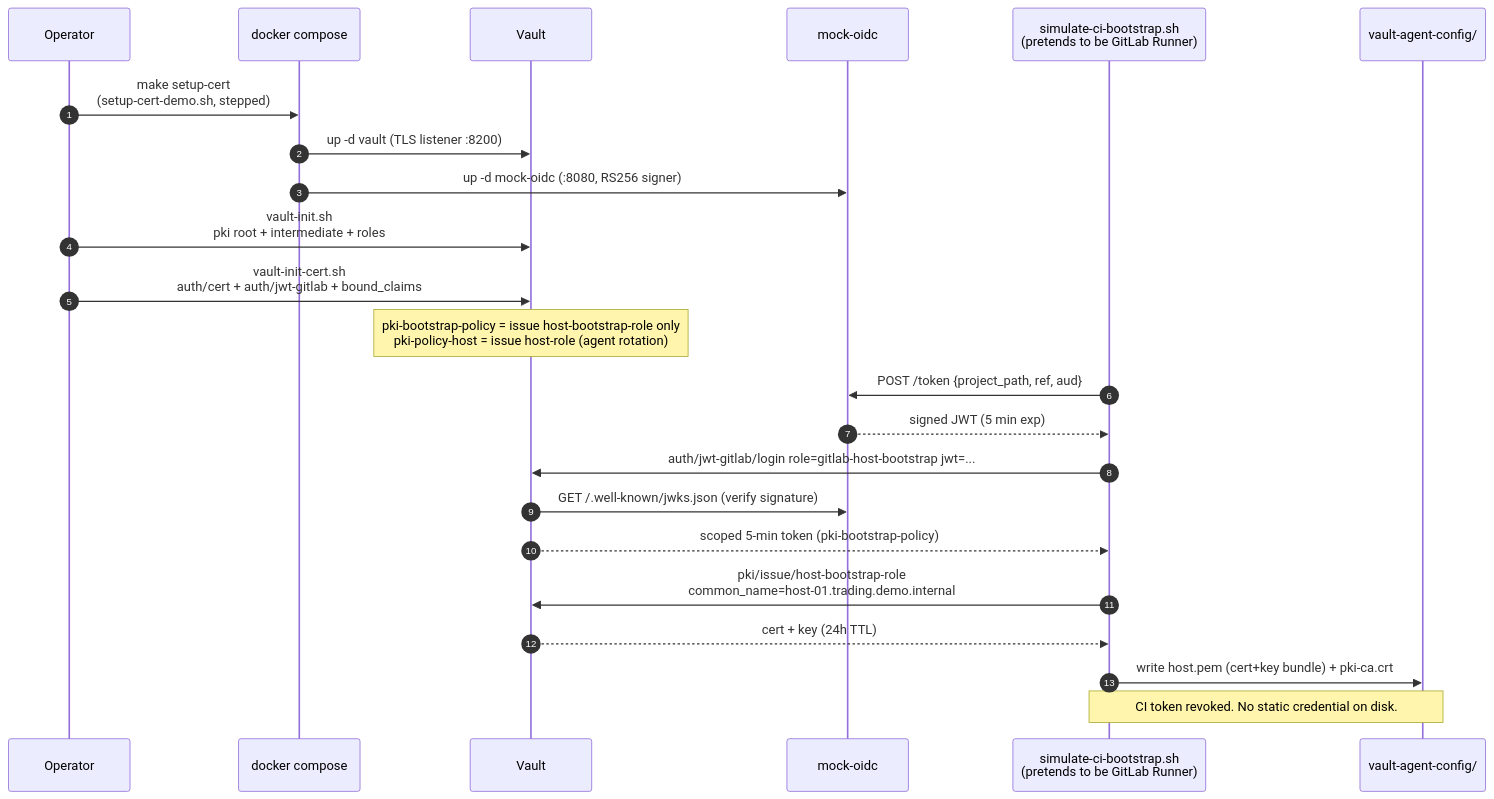
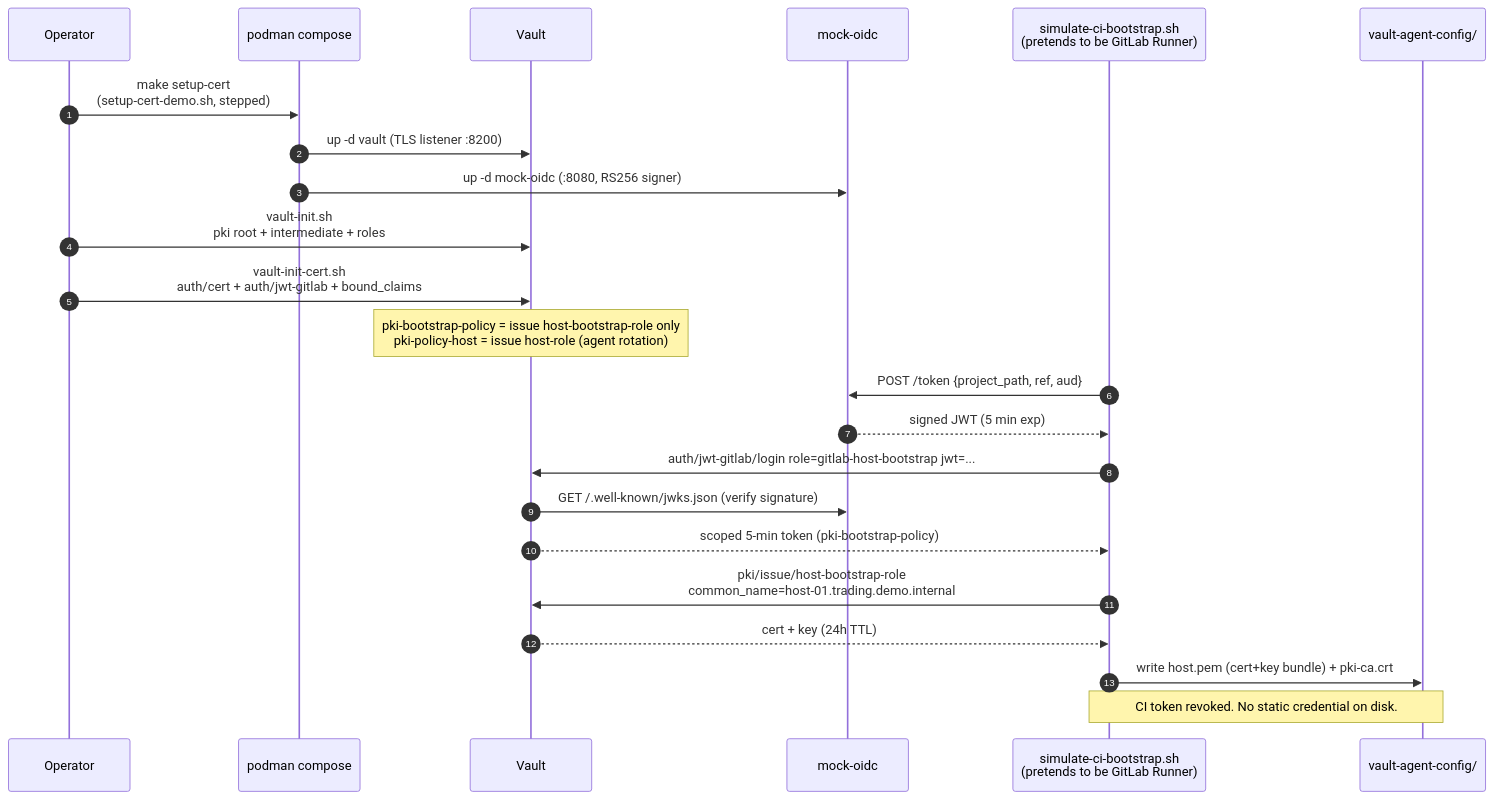
Before and after one commit to songlining/pki: the third of 6 diagrams in docs/demos.md, drawn with Mermaid. The commit also changed other lines of this file and 20 other files, not shown here.

First line of the commit message:
Migrate demo from Docker Desktop to Podman (Podman Desktop)

````diff
--- a/docs/demos.md
+++ b/docs/demos.md
@@ -108,27 +108,27 @@
 ```mermaid
 sequenceDiagram
     autonumber
     participant Op as Operator
-    participant Compose as docker compose
+    participant Compose as podman compose
     participant Vault
     participant OIDC as mock-oidc
     participant CI as simulate-ci-bootstrap.sh<br/>(pretends to be GitLab Runner)
     participant Disk as vault-agent-config/
 
     Op->>Compose: make setup-cert<br/>(setup-cert-demo.sh, stepped)
     Compose->>Vault: up -d vault (TLS listener :8200)
     Compose->>OIDC: up -d mock-oidc (:8080, RS256 signer)
     Op->>Vault: vault-init.sh<br/>pki root + intermediate + roles
     Op->>Vault: vault-init-cert.sh<br/>auth/cert + auth/jwt-gitlab + bound_claims
     Note over Vault: pki-bootstrap-policy = issue host-bootstrap-role only<br/>pki-policy-host    = issue host-role (agent rotation)
 
     CI->>OIDC: POST /token {project_path, ref, aud}
     OIDC-->>CI: signed JWT (5 min exp)
     CI->>Vault: auth/jwt-gitlab/login role=gitlab-host-bootstrap jwt=...
     Vault->>OIDC: GET /.well-known/jwks.json (verify signature)
     Vault-->>CI: scoped 5-min token (pki-bootstrap-policy)
     CI->>Vault: pki/issue/host-bootstrap-role<br/>common_name=host-01.trading.demo.internal
     Vault-->>CI: cert + key (24h TTL)
     CI->>Disk: write host.pem (cert+key bundle) + pki-ca.crt
     Note over Disk,CI: CI token revoked. No static credential on disk.
 ```
````
